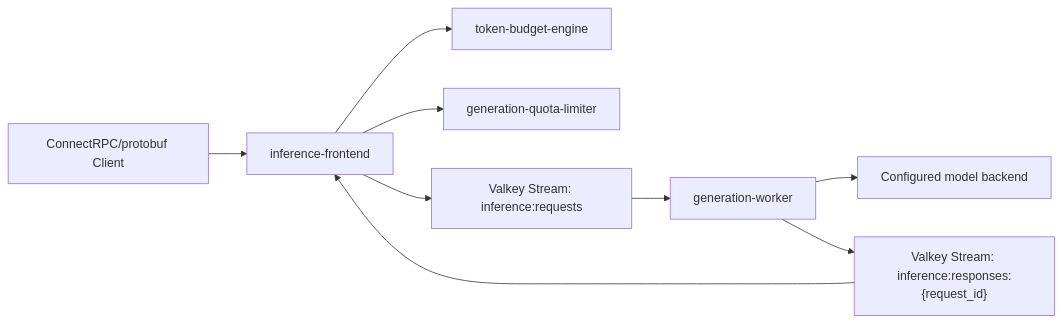
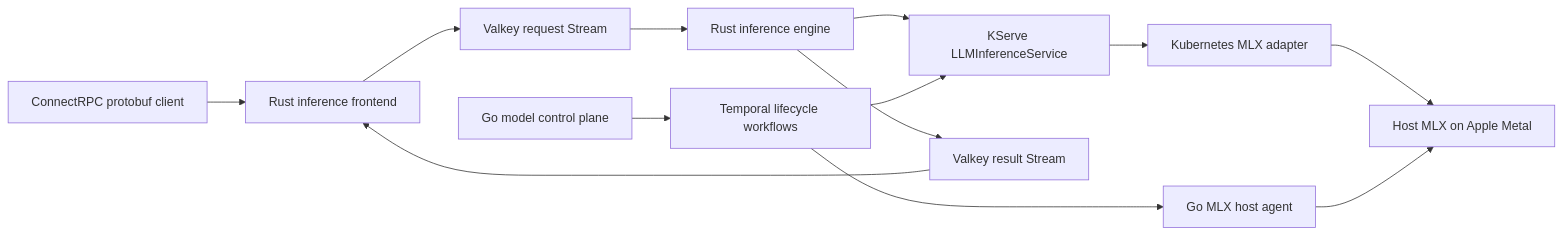
One commit to anmho/inference-data-plane changed the diagram in README.md. Above: the diagram before and after it, drawn with Mermaid. The commit also changed other lines of this file and 10 other files, not shown here.

````diff
--- a/README.md
+++ b/README.md
@@ -9,11 +5,15 @@
 ```mermaid
 flowchart LR
-    Client["ConnectRPC/protobuf Client"] --> Frontend["inference-frontend"]
-    Frontend --> Budget["token-budget-engine"]
-    Frontend --> Quota["generation-quota-limiter"]
-    Frontend --> Requests["Valkey Stream: inference:requests"]
-    Requests --> Worker["generation-worker"]
-    Worker --> Model["Configured model backend"]
-    Worker --> Responses["Valkey Stream: inference:responses:{request_id}"]
-    Responses --> Frontend
+    Client["ConnectRPC protobuf client"] --> Frontend["Rust inference frontend"]
+    Frontend --> Requests["Valkey request Stream"]
+    Requests --> Engine["Rust inference engine"]
+    Engine --> KServe["KServe LLMInferenceService"]
+    KServe --> Adapter["Kubernetes MLX adapter"]
+    Adapter --> MLX["Host MLX on Apple Metal"]
+    Engine --> Results["Valkey result Stream"]
+    Results --> Frontend
+    Control["Go model control plane"] --> Temporal["Temporal lifecycle workflows"]
+    Temporal --> KServe
+    Temporal --> Agent["Go MLX host agent"]
+    Agent --> MLX
 ```
````
